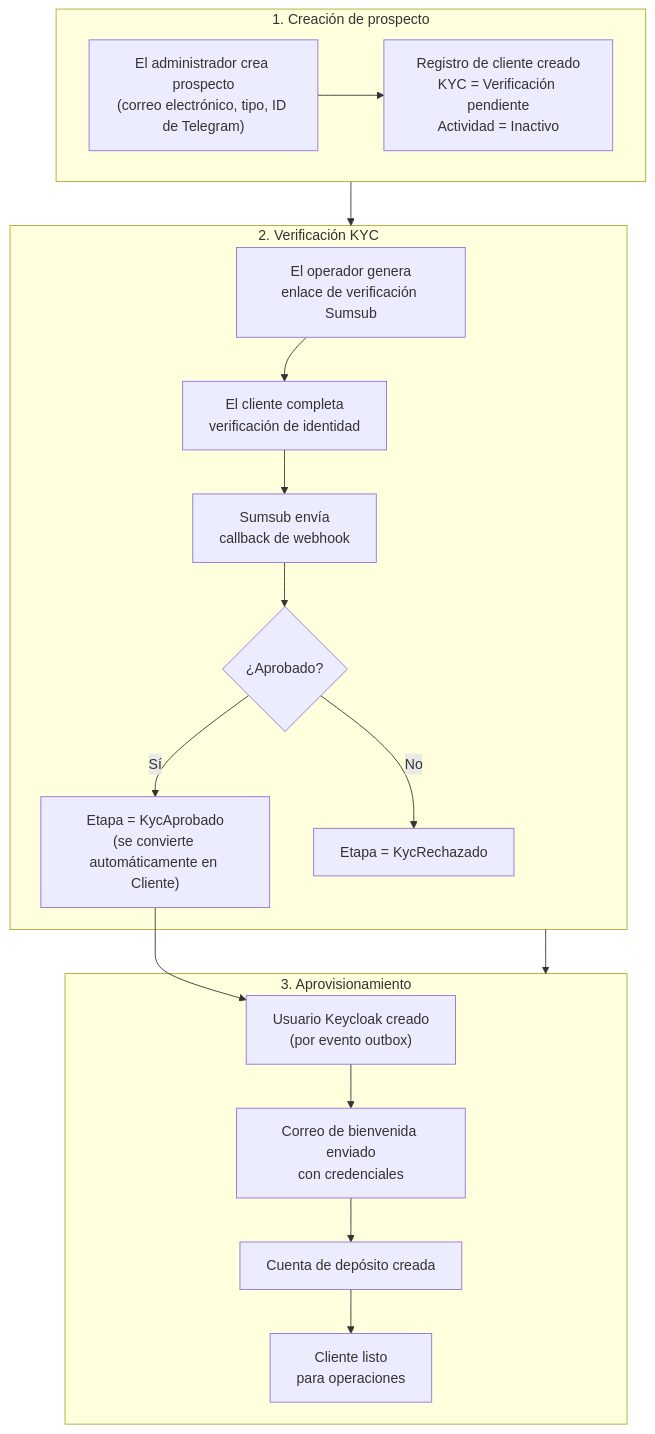
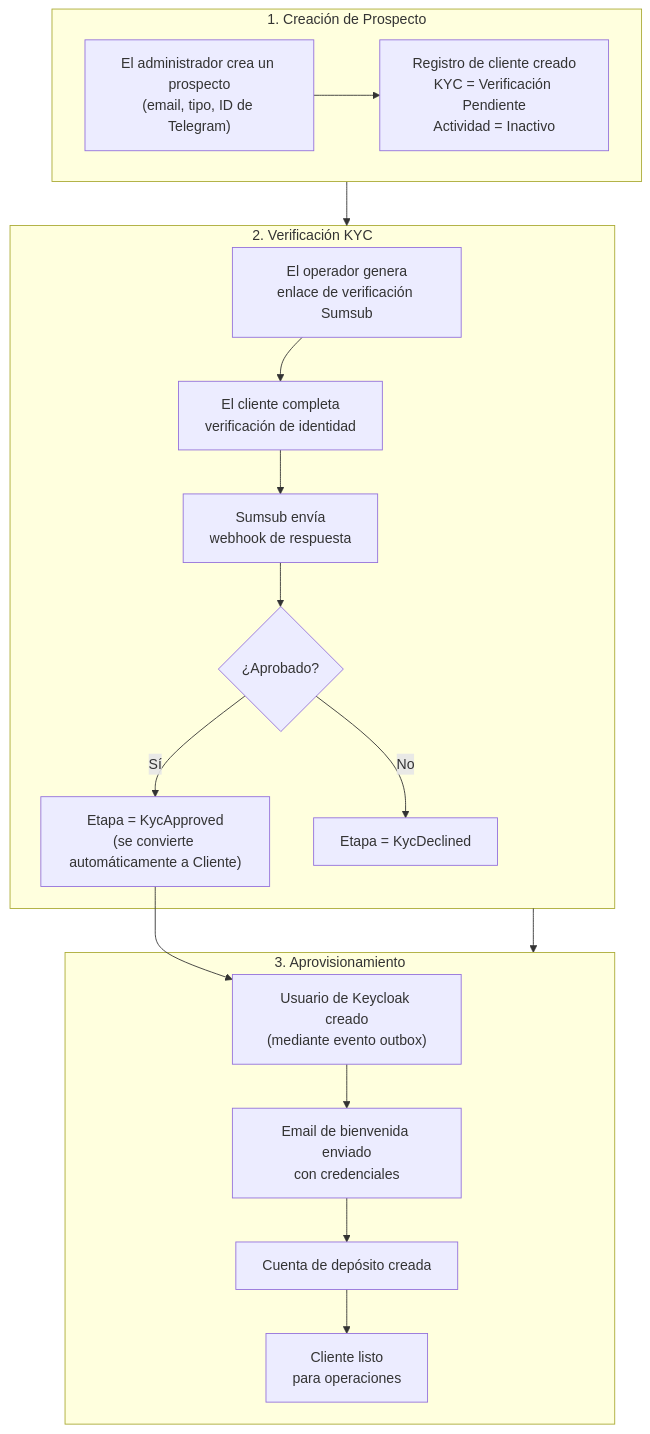
The diagram in docs-site/i18n/es/docusaurus-plugin-content-docs/current/technical-documentation/customers/onboarding.md (GaloyMoney/lana-bank), drawn with Mermaid before and after one commit. The commit also changed other lines of this file and 76 other files, not shown here.

````diff
--- a/docs-site/i18n/es/docusaurus-plugin-content-docs/current/technical-documentation/customers/onboarding.md
+++ b/docs-site/i18n/es/docusaurus-plugin-content-docs/current/technical-documentation/customers/onboarding.md
@@ -13,20 +13,20 @@
 ```mermaid
 graph TD
-    subgraph S1["1. Creación de prospecto"]
-        CREATE["El administrador crea prospecto<br/>(correo electrónico, tipo, ID de Telegram)"] --> PENDING["Registro de cliente creado<br/>KYC = Verificación pendiente<br/>Actividad = Inactivo"]
+    subgraph S1["1. Creación de Prospecto"]
+        CREATE["El administrador crea un prospecto<br/>(email, tipo, ID de Telegram)"] --> PENDING["Registro de cliente creado<br/>KYC = Verificación Pendiente<br/>Actividad = Inactivo"]
     end
     subgraph S2["2. Verificación KYC"]
-        LINK["El operador genera<br/>enlace de verificación Sumsub"] --> CUST["El cliente completa<br/>verificación de identidad"] --> HOOK["Sumsub envía<br/>callback de webhook"]
+        LINK["El operador genera<br/>enlace de verificación Sumsub"] --> CUST["El cliente completa<br/>verificación de identidad"] --> HOOK["Sumsub envía<br/>webhook de respuesta"]
         HOOK --> RESULT{¿Aprobado?}
-        RESULT -->|Sí| KYCBASIC["Etapa = KycAprobado<br/>(se convierte automáticamente en Cliente)"]
-        RESULT -->|No| KYCDECLINED["Etapa = KycRechazado"]
+        RESULT -->|Sí| KYCBASIC["Etapa = KycApproved<br/>(se convierte automáticamente a Cliente)"]
+        RESULT -->|No| KYCDECLINED["Etapa = KycDeclined"]
     end
     subgraph S3["3. Aprovisionamiento"]
-        KYCBASIC --> KC["Usuario Keycloak creado<br/>(por evento outbox)"]
-        KC --> EMAIL["Correo de bienvenida enviado<br/>con credenciales"]
+        KYCBASIC --> KC["Usuario de Keycloak creado<br/>(mediante evento outbox)"]
+        KC --> EMAIL["Email de bienvenida enviado<br/>con credenciales"]
         EMAIL --> DEPACC["Cuenta de depósito creada"]
         DEPACC --> ACTIVE["Cliente listo<br/>para operaciones"]
     end
     S1 --> S2
     S2 --> S3
 ```
````
